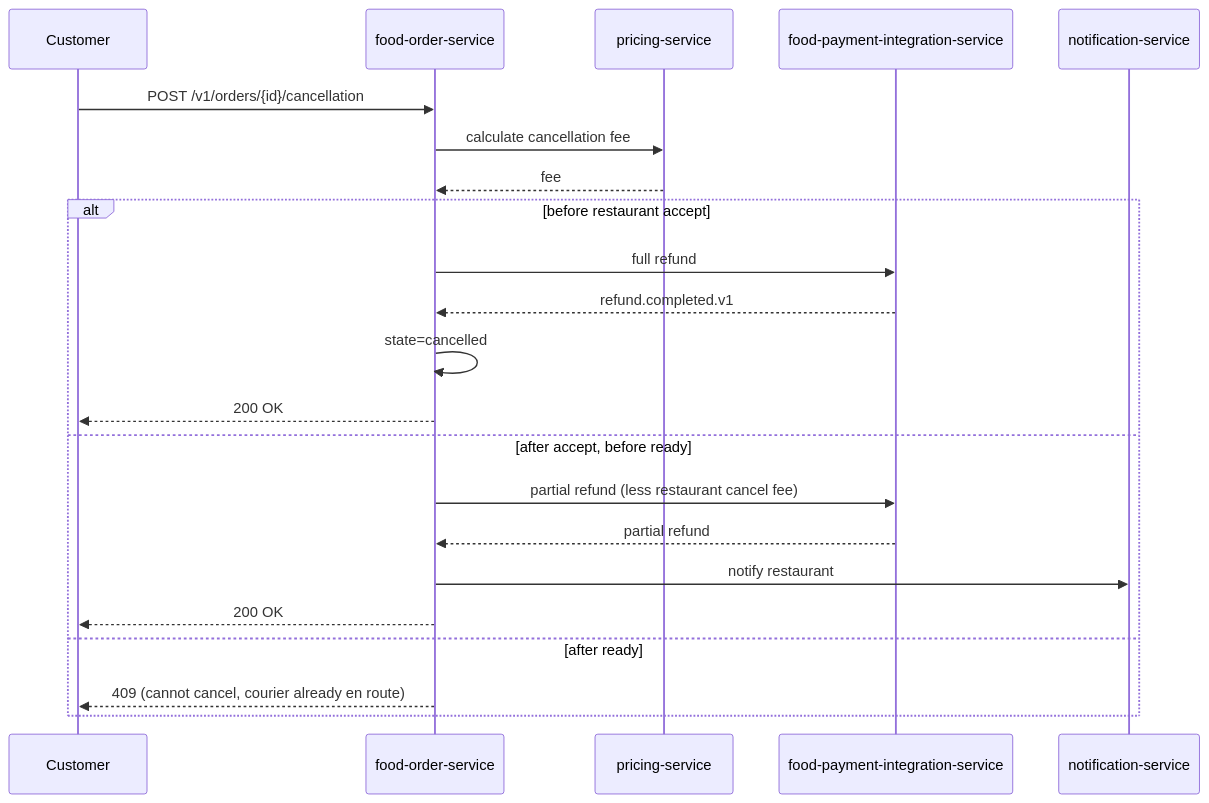
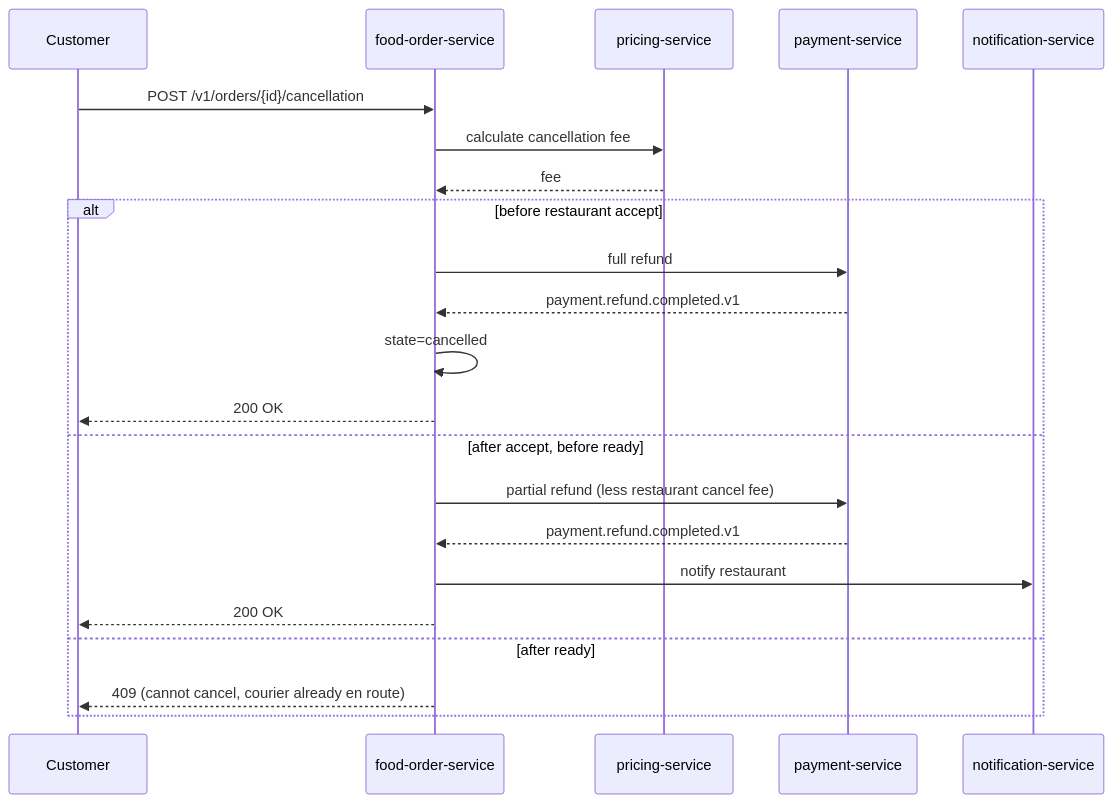
One commit to mohamedhabibwork/trips-enjoy-docs changed the sixth of 12 diagrams in docs/workflows/FOOD_ORDER_WORKFLOWS.md. Above: the diagram before and after it, drawn with Mermaid. The commit also changed other lines of this file and 525 other files, not shown here.

````diff
--- a/docs/workflows/FOOD_ORDER_WORKFLOWS.md
+++ b/docs/workflows/FOOD_ORDER_WORKFLOWS.md
@@ -206,25 +190,25 @@
 ```mermaid
 sequenceDiagram
     participant C as Customer
     participant FOR as food-order-service
     participant PRC as pricing-service
-    participant FPI as food-payment-integration-service
+    participant PAY as payment-service
     participant NOT as notification-service
 
     C->>FOR: POST /v1/orders/{id}/cancellation
     FOR->>PRC: calculate cancellation fee
     PRC-->>FOR: fee
     alt before restaurant accept
-        FOR->>FPI: full refund
-        FPI-->>FOR: refund.completed.v1
+        FOR->>PAY: full refund
+        PAY-->>FOR: payment.refund.completed.v1
         FOR->>FOR: state=cancelled
         FOR-->>C: 200 OK
     else after accept, before ready
-        FOR->>FPI: partial refund (less restaurant cancel fee)
-        FPI-->>FOR: partial refund
+        FOR->>PAY: partial refund (less restaurant cancel fee)
+        PAY-->>FOR: payment.refund.completed.v1
         FOR->>NOT: notify restaurant
         FOR-->>C: 200 OK
     else after ready
         FOR-->>C: 409 (cannot cancel, courier already en route)
     end
 ```
````
